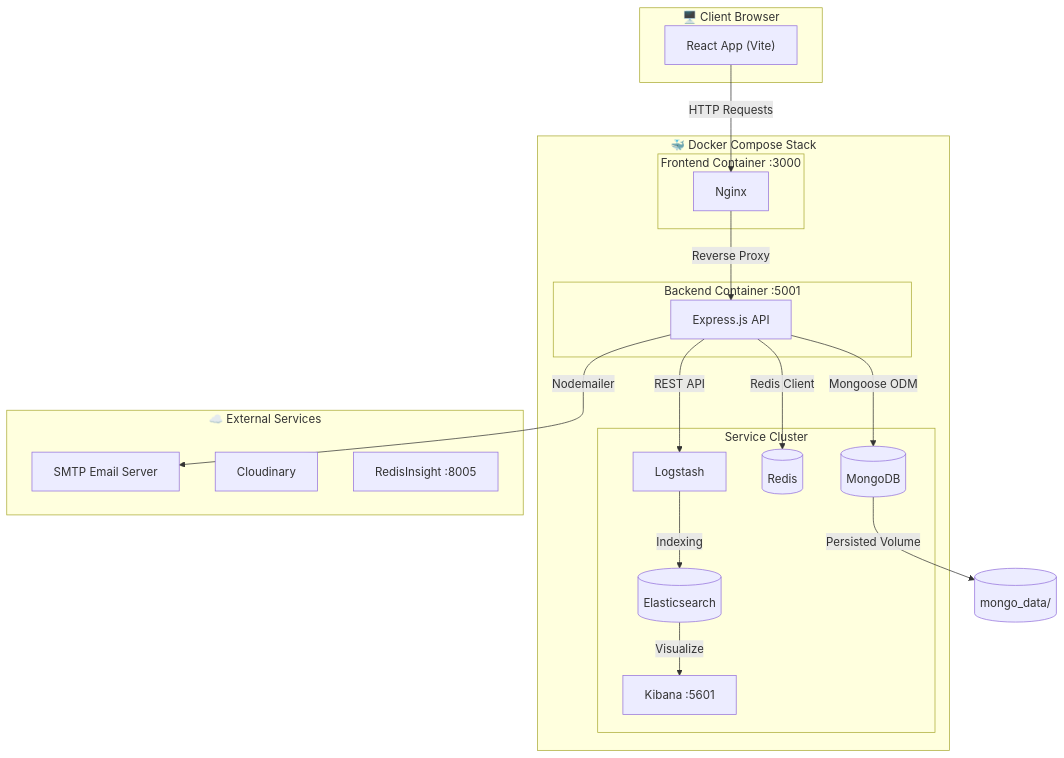
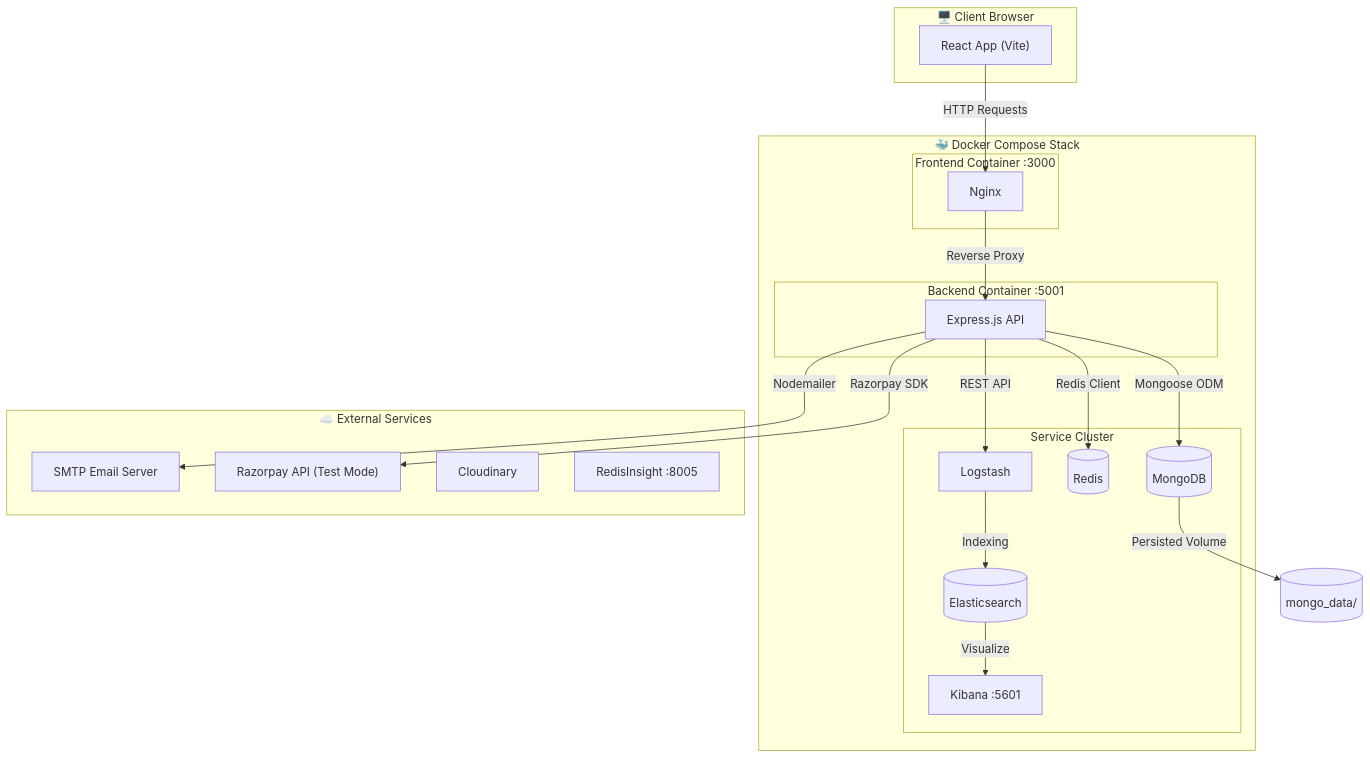
One commit to Narendrakaduru/QuickCart changed the first of 12 diagrams in architecture_diagrams.md. Above: the diagram before and after it, drawn with Mermaid. The commit also changed other lines of this file and 1 other file, not shown here.

````diff
--- a/architecture_diagrams.md
+++ b/architecture_diagrams.md
@@ -7,38 +7,40 @@
 ```mermaid
 graph TB
     subgraph Client["🖥️ Client Browser"]
         REACT["React App (Vite)"]
     end
 
     subgraph Docker["🐳 Docker Compose Stack"]
         subgraph FE["Frontend Container :3000"]
             NGINX["Nginx"]
         end
         subgraph BE["Backend Container :5001"]
             EXPRESS["Express.js API"]
         end
         subgraph DB["Service Cluster"]
             MONGO[("MongoDB")]
             REDIS[("Redis")]
             ELASTIC[("Elasticsearch")]
             LOGSTASH["Logstash"]
             KIBANA["Kibana :5601"]
         end
     end
 
     subgraph External["☁️ External Services"]
         SMTP["SMTP Email Server"]
+        RAZORPAY["Razorpay API (Test Mode)"]
         CLOUDINARY["Cloudinary"]
         INSIGHT["RedisInsight :8005"]
     end
 
     REACT -- "HTTP Requests" --> NGINX
     NGINX -- "Reverse Proxy" --> EXPRESS
     EXPRESS -- "Mongoose ODM" --> MONGO
     EXPRESS -- "Redis Client" --> REDIS
     EXPRESS -- "Nodemailer" --> SMTP
+    EXPRESS -- "Razorpay SDK" --> RAZORPAY
     EXPRESS -- "REST API" --> LOGSTASH
     LOGSTASH -- "Indexing" --> ELASTIC
     ELASTIC -- "Visualize" --> KIBANA
     MONGO -- "Persisted Volume" --> DISK[("mongo_data/")]
 ```
````
